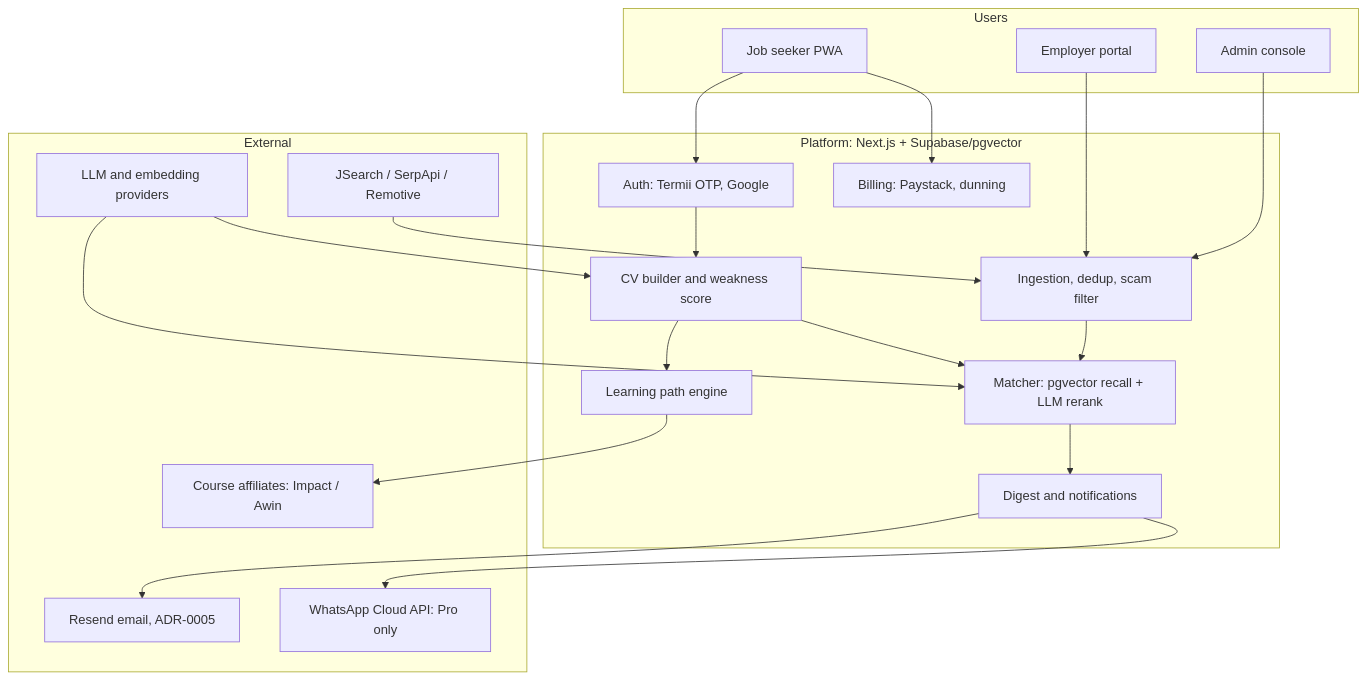
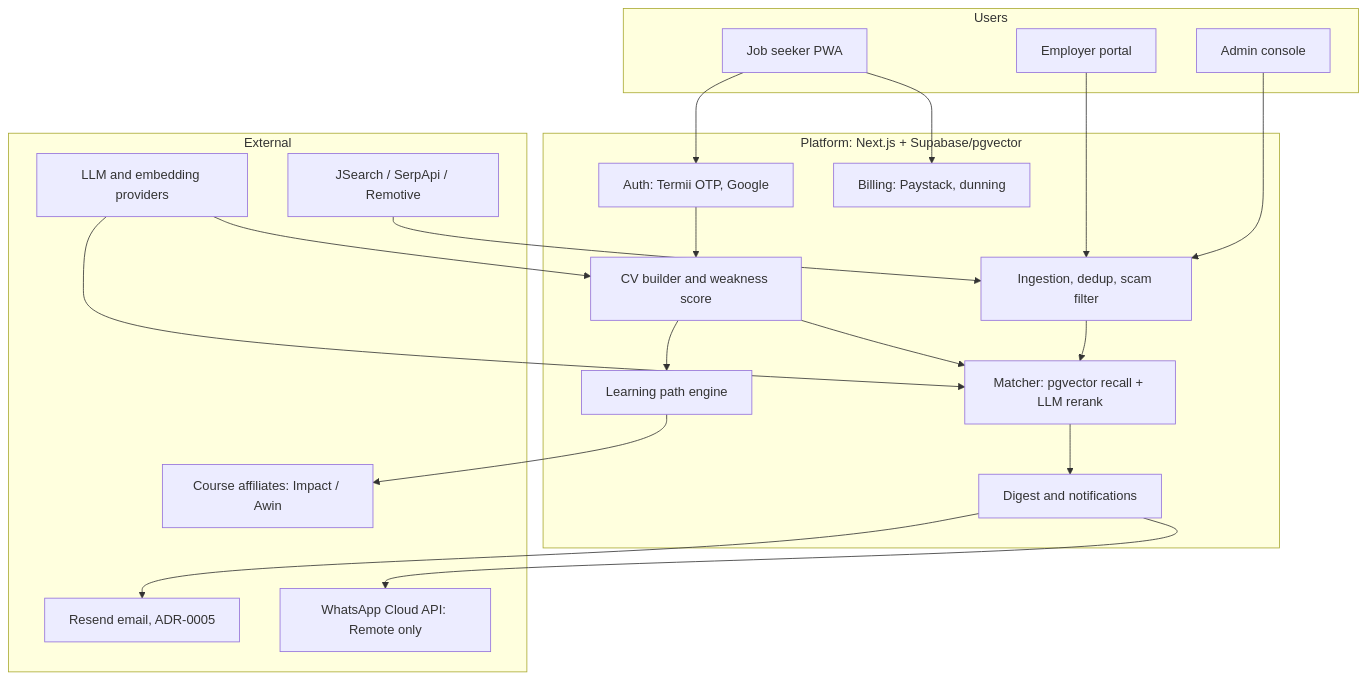
The second of 2 diagrams in docs/BRD.md (soundn/buildyourvalue), drawn with Mermaid before and after one commit. The commit also changed other lines of this file, not shown here.

First line of the commit message:
docs: align the plan, BRD, architecture and README with the open board and the eligibility filter (ADR-0017)

````diff
--- a/docs/BRD.md
+++ b/docs/BRD.md
@@ -199,34 +201,34 @@
 ```mermaid
 flowchart TB
     subgraph Users
         U1[Job seeker PWA]
         U2[Employer portal]
         U3[Admin console]
     end
     subgraph Core["Platform: Next.js + Supabase/pgvector"]
         P1[Auth: Termii OTP, Google]
         P2[CV builder and weakness score]
         P3[Ingestion, dedup, scam filter]
         P4[Matcher: pgvector recall + LLM rerank]
         P5[Learning path engine]
         P6[Billing: Paystack, dunning]
         P7[Digest and notifications]
     end
     subgraph External
         X1[JSearch / SerpApi / Remotive]
         X2[LLM and embedding providers]
         X3[Resend email, ADR-0005]
-        X4[WhatsApp Cloud API: Pro only]
+        X4[WhatsApp Cloud API: Remote only]
         X5[Course affiliates: Impact / Awin]
     end
     U1 --> P1 --> P2 --> P4 --> P7
     X1 --> P3 --> P4
     P2 --> P5 --> X5
     X2 --> P2
     X2 --> P4
     P7 --> X3
     P7 --> X4
     U1 --> P6
     U2 --> P3
     U3 --> P3
 ```
````
